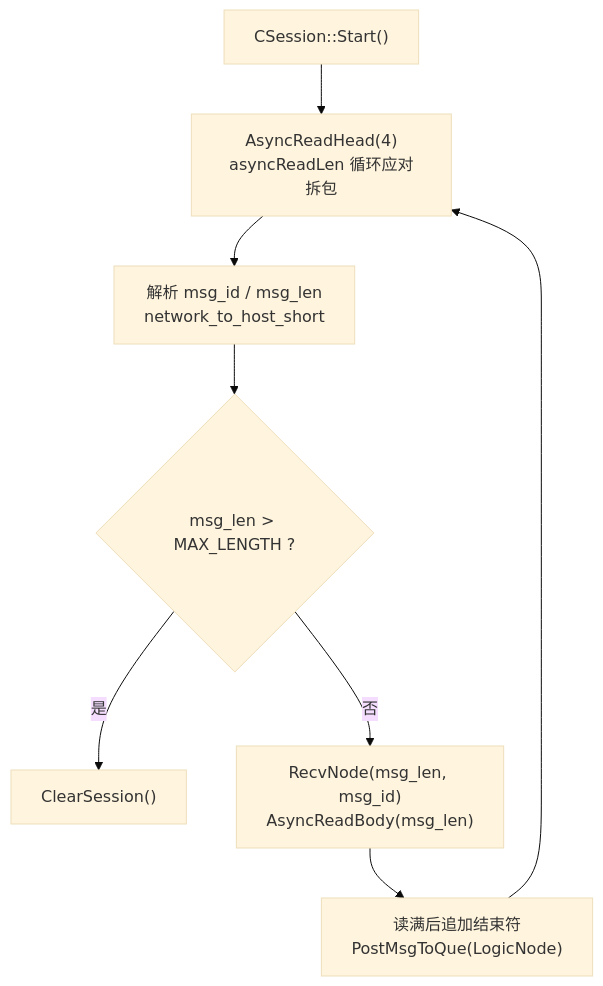
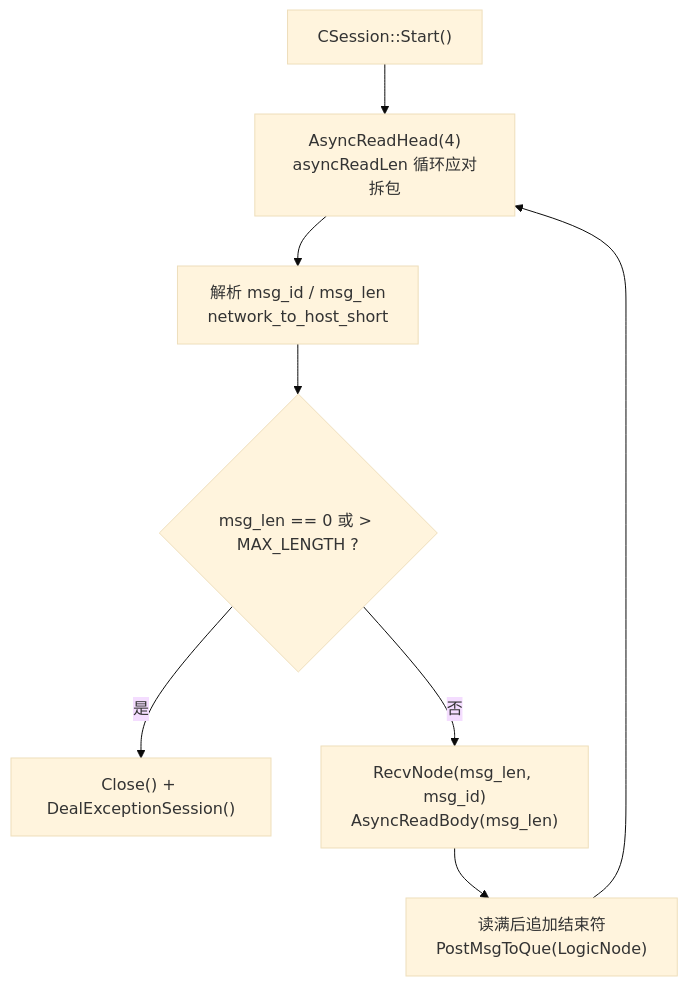
The second of 5 diagrams in docs/09-chat-server.md (yrc920/xiguchat), drawn with Mermaid (base theme) before and after one commit. The commit also changed other lines of this file and 65 other files, not shown here.

````diff
--- a/docs/09-chat-server.md
+++ b/docs/09-chat-server.md
@@ -45,10 +45,10 @@
 ```mermaid
 flowchart TB
     A["CSession::Start()"] --> B["AsyncReadHead(4)<br/>asyncReadLen 循环应对拆包"]
     B --> C["解析 msg_id / msg_len<br/>network_to_host_short"]
-    C --> D{"msg_len #gt; MAX_LENGTH ?"}
-    D -->|是| X["ClearSession()"]
+    C --> D{"msg_len == 0 或 #gt; MAX_LENGTH ?"}
+    D -->|是| X["Close() + DealExceptionSession()"]
     D -->|否| E["RecvNode(msg_len, msg_id)<br/>AsyncReadBody(msg_len)"]
     E --> F["读满后追加结束符<br/>PostMsgToQue(LogicNode)"]
     F --> B
 ```
````
